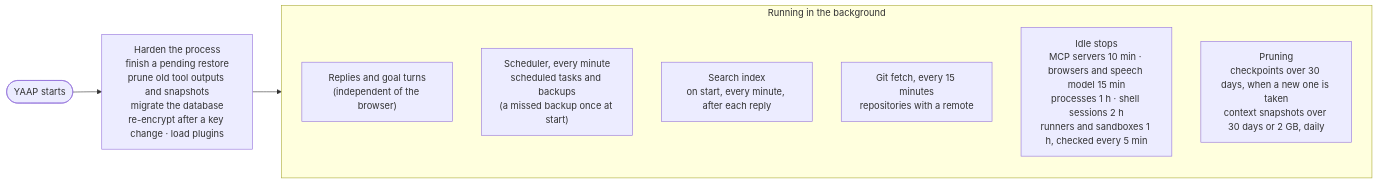
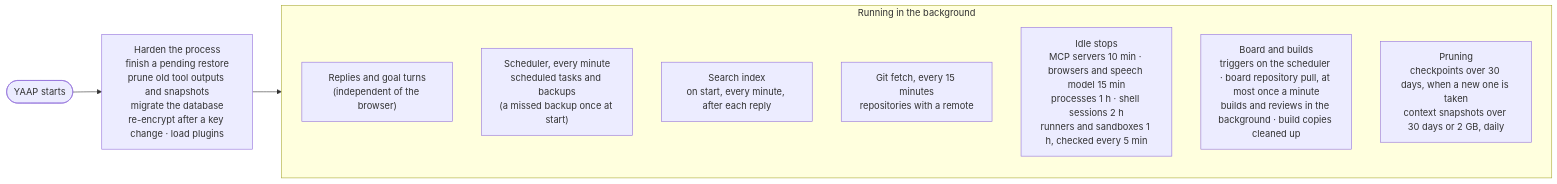
One commit to jelvodev/yaap changed the seventh of 7 diagrams in docs/architecture.md. Above: the diagram before and after it, drawn with Mermaid. The commit also changed other lines of this file and 5 other files, not shown here.

````diff
--- a/docs/architecture.md
+++ b/docs/architecture.md
@@ -311,14 +313,15 @@
 ```mermaid
 flowchart LR
     start(["YAAP starts"]) --> migrate["Harden the process<br/>finish a pending restore<br/>prune old tool outputs and snapshots<br/>migrate the database<br/>re-encrypt after a key change · load plugins"]
     migrate --> loops
 
     subgraph loops["Running in the background"]
         replies["Replies and goal turns<br/>(independent of the browser)"]
         tasks["Scheduler, every minute<br/>scheduled tasks and backups<br/>(a missed backup once at start)"]
         index["Search index<br/>on start, every minute, after each reply"]
         fetch["Git fetch, every 15 minutes<br/>repositories with a remote"]
         idle["Idle stops<br/>MCP servers 10 min · browsers and speech model 15 min<br/>processes 1 h · shell sessions 2 h<br/>runners and sandboxes 1 h, checked every 5 min"]
+        board["Board and builds<br/>triggers on the scheduler · board repository pull, at most once a minute<br/>builds and reviews in the background · build copies cleaned up"]
         prune["Pruning<br/>checkpoints over 30 days, when a new one is taken<br/>context snapshots over 30 days or 2 GB, daily"]
     end
 ```
````
